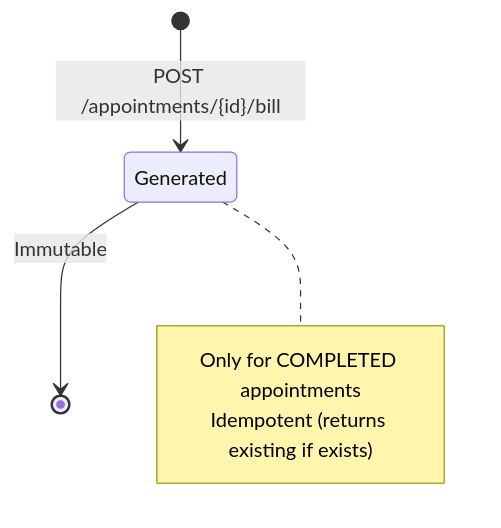
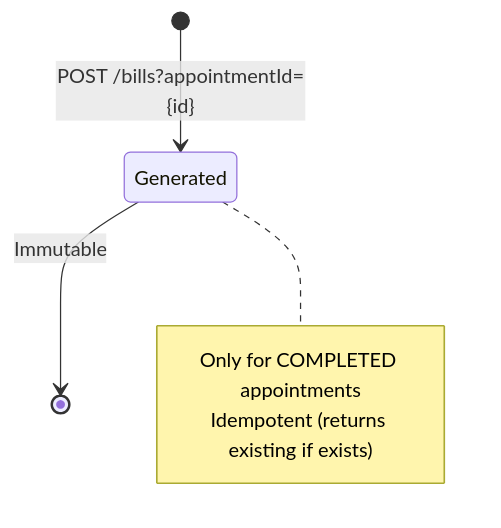
Before and after one commit to sandbox-bbc/health-billing: the sixth of 8 diagrams in docs/ARCHITECTURE.md, drawn with Mermaid. The commit also changed other lines of this file and 3 other files, not shown here.

````diff
--- a/docs/ARCHITECTURE.md
+++ b/docs/ARCHITECTURE.md
@@ -166,10 +166,10 @@
 ```mermaid
 stateDiagram-v2
-    [*] --> Generated: POST /appointments/{id}/bill
+    [*] --> Generated: POST /bills?appointmentId={id}
     Generated --> [*]: Immutable
     
     note right of Generated
         Only for COMPLETED appointments
         Idempotent (returns existing if exists)
     end note
 ```
````
